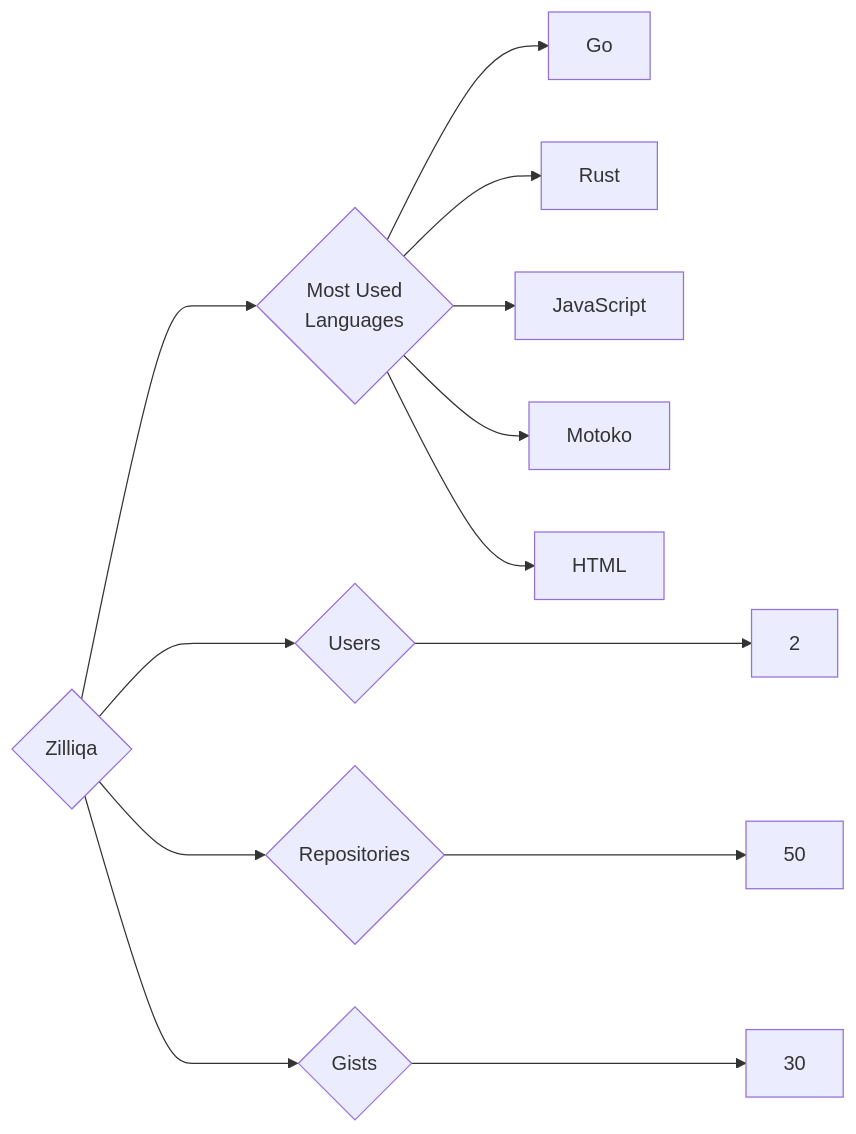
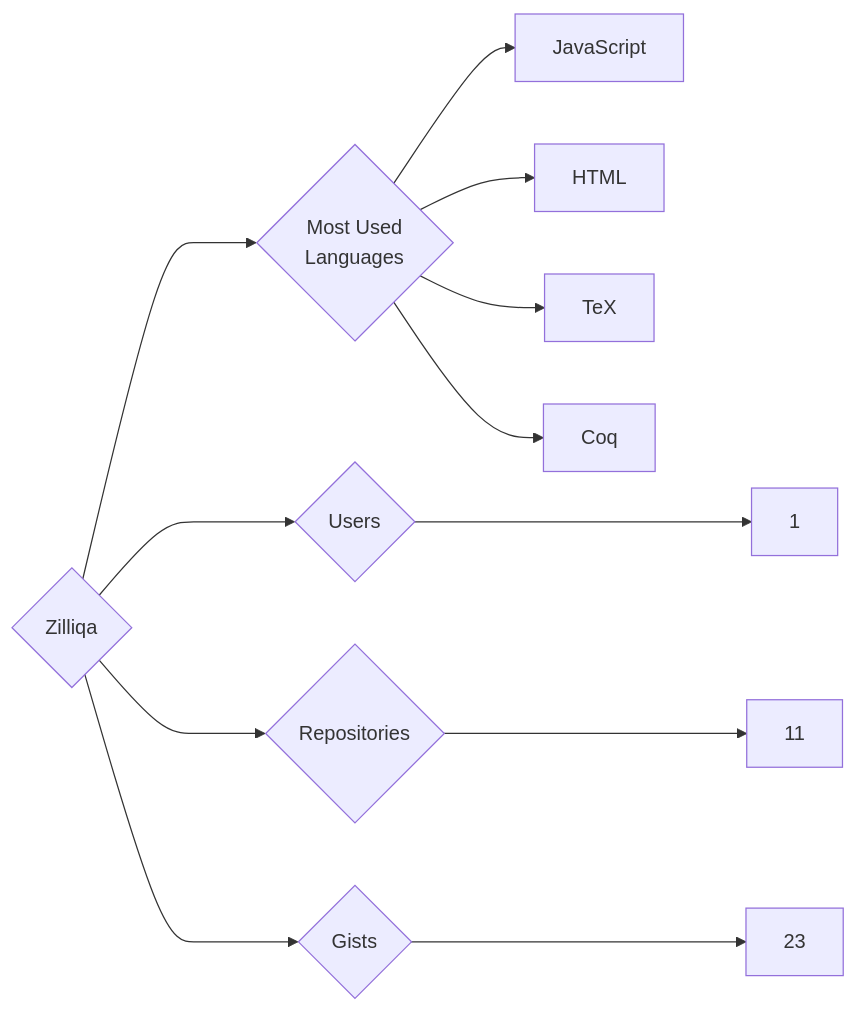
The diagram in targets/Zilliqa/README.md (trickest/insiders), drawn with Mermaid before and after one commit. The commit also changed 912 other files, not shown here.

````diff
--- a/targets/Zilliqa/README.md
+++ b/targets/Zilliqa/README.md
@@ -3,13 +3,12 @@
 ```mermaid
 graph LR
 COMPANY_NAME{Zilliqa}
-COMPANY_NAME ---> U{Users} ---> UN[2]
-COMPANY_NAME ---> R{Repositories} ---> RN[50]
-COMPANY_NAME ---> G{Gists} ---> GN[30]
+COMPANY_NAME ---> U{Users} ---> UN[1]
+COMPANY_NAME ---> R{Repositories} ---> RN[11]
+COMPANY_NAME ---> G{Gists} ---> GN[23]
 COMPANY_NAME ---> ML{Most Used<br>Languages}
-ML --> Go[Go]
-ML --> Rust[Rust]
 ML --> JavaScript[JavaScript]
-ML --> Motoko[Motoko]
 ML --> HTML[HTML]
+ML --> TeX[TeX]
+ML --> Coq[Coq]
 ```
````
